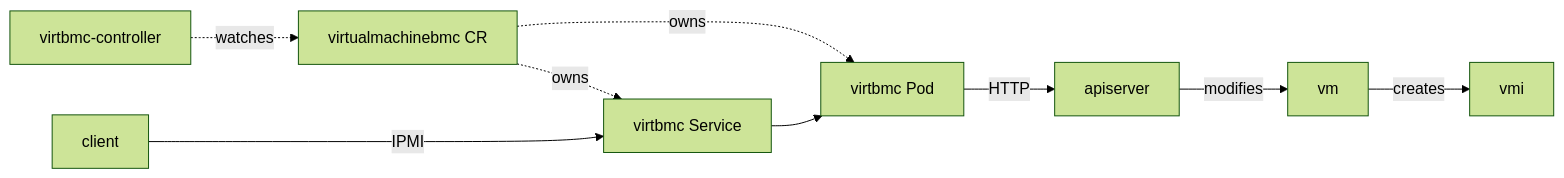
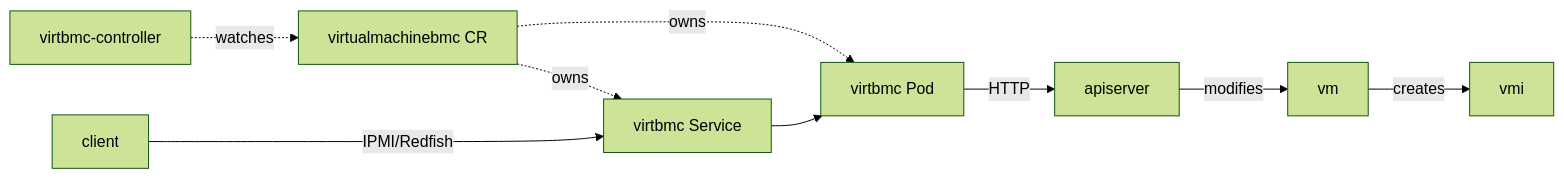
Before and after one commit to starbops/kubevirtbmc: the second of 2 diagrams in README.md, drawn with Mermaid (forest theme). The commit also changed other lines of this file and 1593 other files, not shown here.

````diff
--- a/README.md
+++ b/README.md
@@ -47,15 +47,15 @@
 ```mermaid
 flowchart LR
     controller["virtbmc-controller"]
     cr["virtualmachinebmc CR"]
     virtbmc-pod["virtbmc Pod"]
     virtbmc-svc["virtbmc Service"]
     controller-.->|watches|cr
     cr-.->|owns|virtbmc-svc
     cr-.->|owns|virtbmc-pod
-    client--->|IPMI|virtbmc-svc
+    client--->|IPMI/Redfish|virtbmc-svc
     virtbmc-svc-->virtbmc-pod
     virtbmc-pod-->|HTTP|apiserver
     apiserver-->|modifies|vm
     vm-->|creates|vmi
 ```
````
